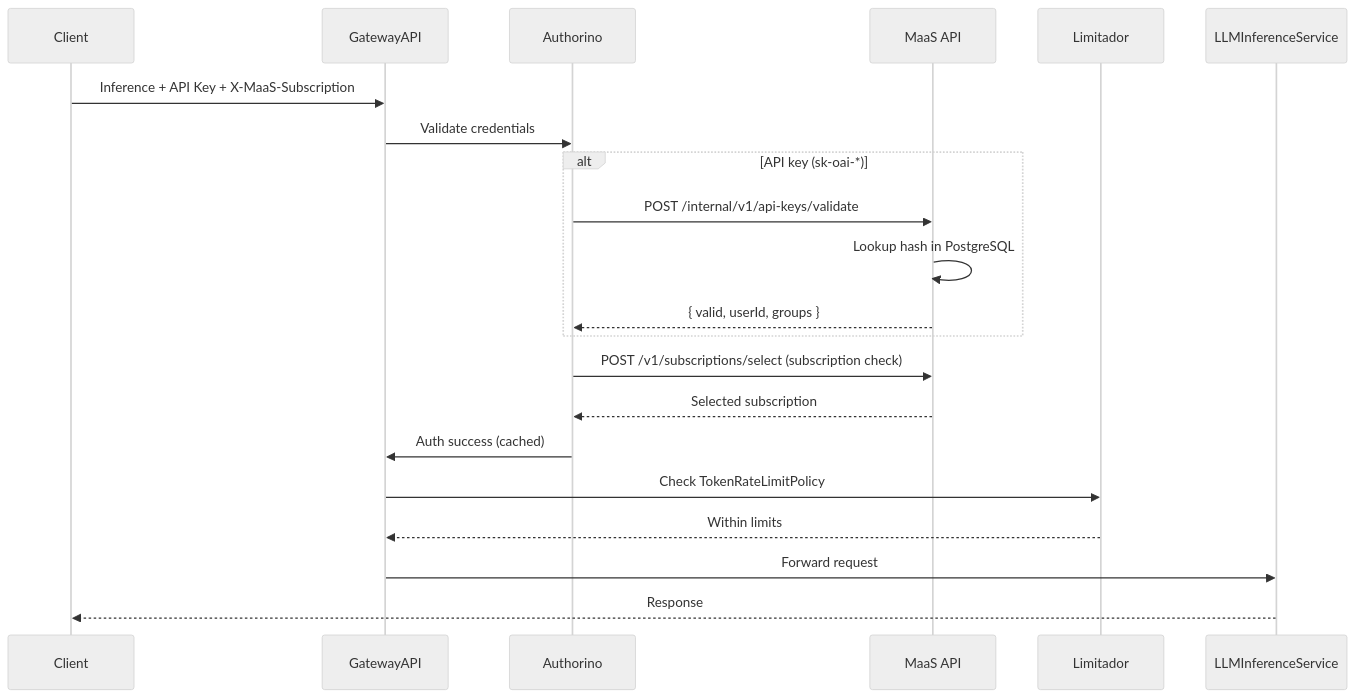
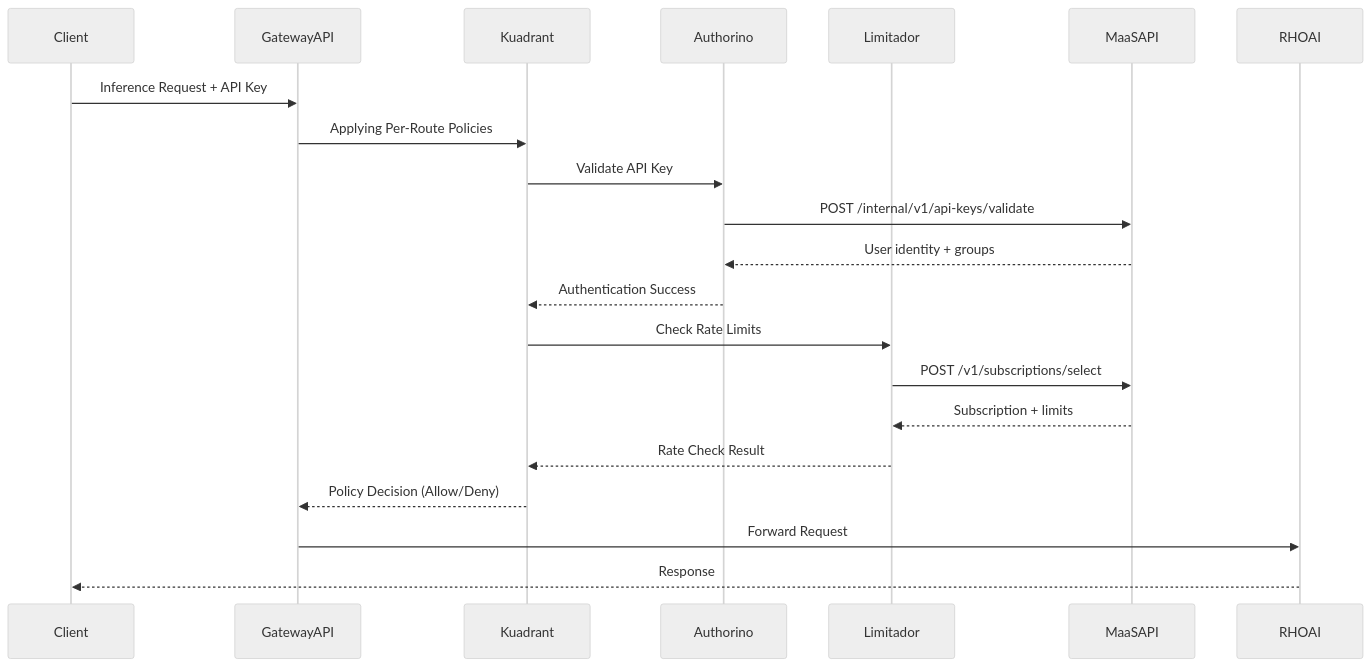
The sixth of 6 diagrams in docs/content/architecture.md (opendatahub-io/models-as-a-service), drawn with Mermaid (neutral theme) before and after one commit. The commit also changed other lines of this file and 26 other files, not shown here.

````diff
--- a/docs/content/architecture.md
+++ b/docs/content/architecture.md
@@ -322,27 +302,24 @@
 ```mermaid
 sequenceDiagram
     participant Client
     participant GatewayAPI
+    participant Kuadrant
     participant Authorino
-    participant MaaS as MaaS API
     participant Limitador
-    participant LLMInferenceService
+    participant MaaSAPI
+    participant RHOAI
     
-    Client->>GatewayAPI: Inference + API Key + X-MaaS-Subscription
-    GatewayAPI->>Authorino: Validate credentials
-    
-    alt API key (sk-oai-*)
-        Authorino->>MaaS: POST /internal/v1/api-keys/validate
-        MaaS->>MaaS: Lookup hash in PostgreSQL
-        MaaS-->>Authorino: { valid, userId, groups }
-    end
-    
-    Authorino->>MaaS: POST /v1/subscriptions/select (subscription check)
-    MaaS-->>Authorino: Selected subscription
-    
-    Authorino->>GatewayAPI: Auth success (cached)
-    GatewayAPI->>Limitador: Check TokenRateLimitPolicy
-    Limitador-->>GatewayAPI: Within limits
-    GatewayAPI->>LLMInferenceService: Forward request
-    LLMInferenceService-->>Client: Response
+    Client->>GatewayAPI: Inference Request + API Key
+    GatewayAPI->>Kuadrant: Applying Per-Route Policies
+    Kuadrant->>Authorino: Validate API Key
+    Authorino->>MaaSAPI: POST /internal/v1/api-keys/validate
+    MaaSAPI-->>Authorino: User identity + groups
+    Authorino-->>Kuadrant: Authentication Success
+    Kuadrant->>Limitador: Check Rate Limits
+    Limitador->>MaaSAPI: POST /v1/subscriptions/select
+    MaaSAPI-->>Limitador: Subscription + limits
+    Limitador-->>Kuadrant: Rate Check Result
+    Kuadrant-->>GatewayAPI: Policy Decision (Allow/Deny)
+    GatewayAPI->>RHOAI: Forward Request
+    RHOAI-->>Client: Response
 ```
````
